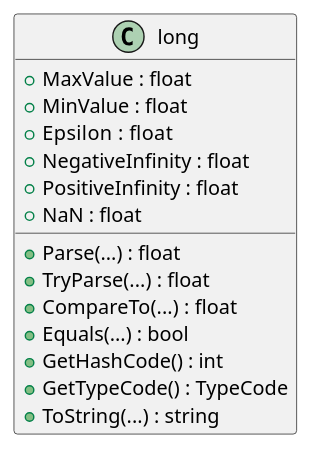
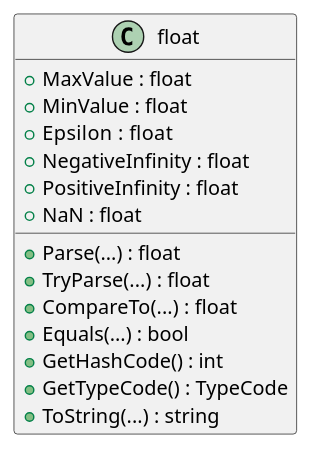
One commit to 03376836-OOP-2566/03376836-OOP-2566-Lab-02 changed the ninth of 15 diagrams in 65030258_HOMEWORK/Lab-02-part-1/README.md. Above: the diagram before and after it, drawn with PlantUML. The commit also changed other lines of this file, not shown here.

````diff
--- a/65030258_HOMEWORK/Lab-02-part-1/README.md
+++ b/65030258_HOMEWORK/Lab-02-part-1/README.md
@@ -171,23 +171,23 @@
 ```plantuml
 @startuml
-class long
+class float
 {
   + MaxValue : float
   + MinValue : float
   + Epsilon  : float
   + NegativeInfinity : float
   + PositiveInfinity : float
   + NaN : float
 
 
   + Parse(...) : float
   + TryParse(...) : float
   + CompareTo(...) : float
   + Equals(...) : bool
   + GetHashCode() : int
   + GetTypeCode() : TypeCode
   + ToString(...) : string
 }
 @enduml
 #Sittha Klaphanich
 ```
````
